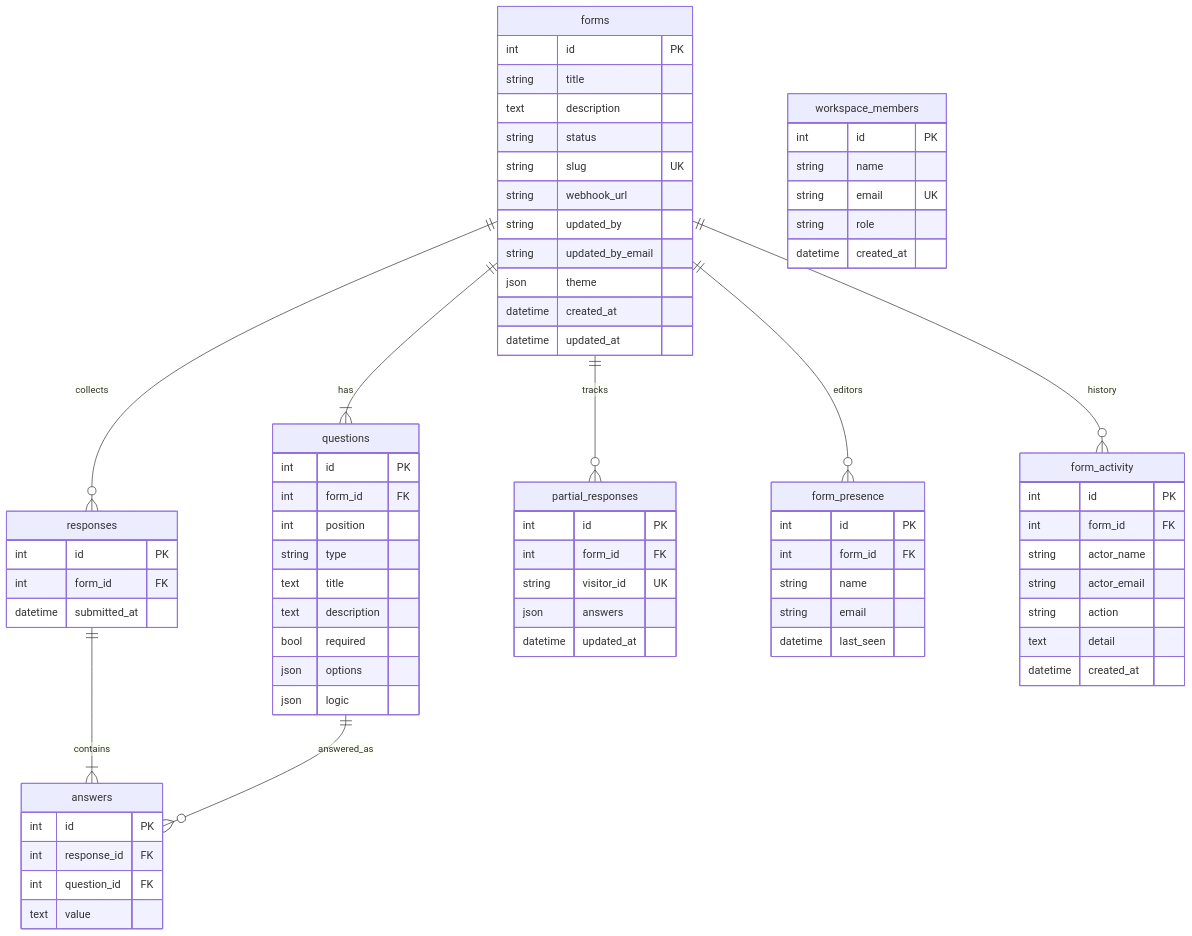
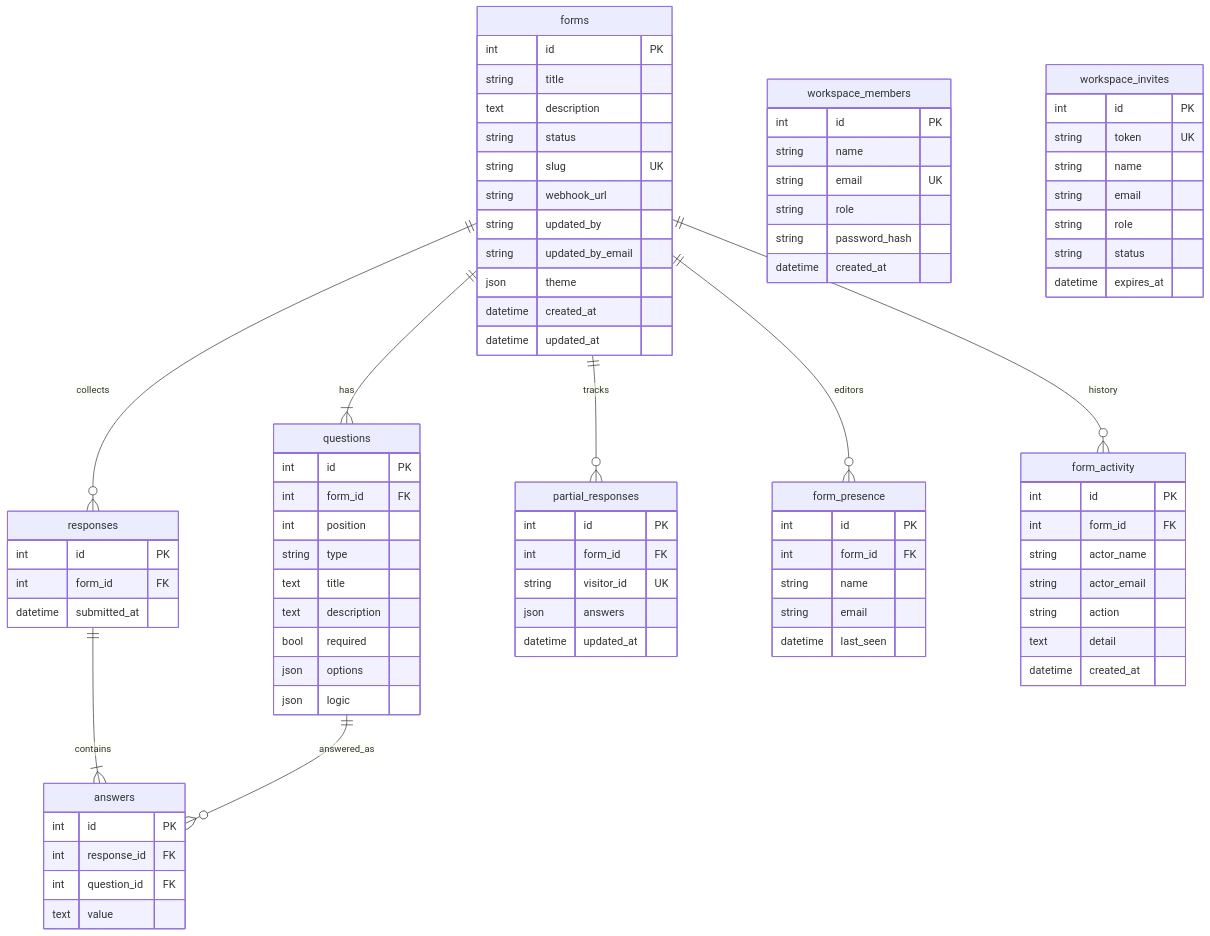
The diagram in docs/diagrams/db-schema.md (ruthwikkakumani/formly), drawn with Mermaid before and after one commit. The commit also changed other lines of this file and 7 other files, not shown here.

Commit message:
docs: sync README, LLD, and UML with auth, invites, and Railway SQLite

```diff
--- a/docs/diagrams/db-schema.md
+++ b/docs/diagrams/db-schema.md
@@ -64,7 +64,18 @@
     string name
     string email UK
     string role
+    string password_hash
     datetime created_at
+  }
+
+  workspace_invites {
+    int id PK
+    string token UK
+    string name
+    string email
+    string role
+    string status
+    datetime expires_at
   }
 
   form_presence {
```
